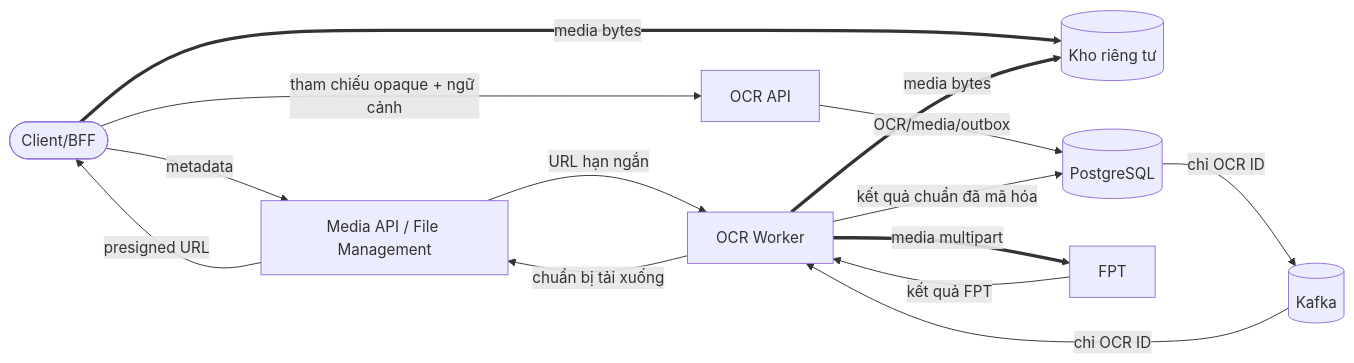
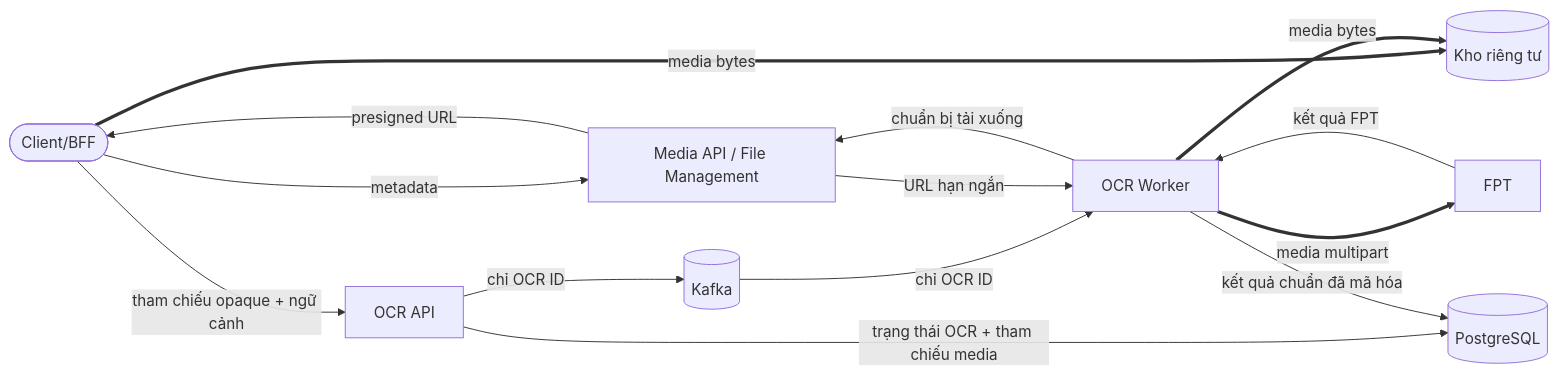
One commit to huynv-xyz/vhm changed the sixth of 12 diagrams in tdd-ocr-ekyc.md. Above: the diagram before and after it, drawn with Mermaid. The commit also changed other lines of this file, not shown here.

````diff
--- a/tdd-ocr-ekyc.md
+++ b/tdd-ocr-ekyc.md
@@ -820,25 +752,25 @@
 ```mermaid
 flowchart LR
     CLIENT([Client/BFF])
     MEDIA[Media API / File Management]
     STORAGE[(Kho riêng tư)]
     API[OCR API]
     DB[(PostgreSQL)]
     KAFKA[(Kafka)]
     WORKER[OCR Worker]
     PROVIDER[FPT]
 
     CLIENT -->|metadata| MEDIA
     MEDIA -->|presigned URL| CLIENT
     CLIENT ==>|media bytes| STORAGE
     CLIENT -->|tham chiếu opaque + ngữ cảnh| API
-    API -->|OCR/media/outbox| DB
-    DB -->|chỉ OCR ID| KAFKA
+    API -->|trạng thái OCR + tham chiếu media| DB
+    API -->|chỉ OCR ID| KAFKA
     KAFKA -->|chỉ OCR ID| WORKER
     WORKER -->|chuẩn bị tải xuống| MEDIA
     MEDIA -->|URL hạn ngắn| WORKER
     WORKER ==>|media bytes| STORAGE
     WORKER ==>|media multipart| PROVIDER
     PROVIDER -->|kết quả FPT| WORKER
     WORKER -->|kết quả chuẩn đã mã hóa| DB
 ```
````
